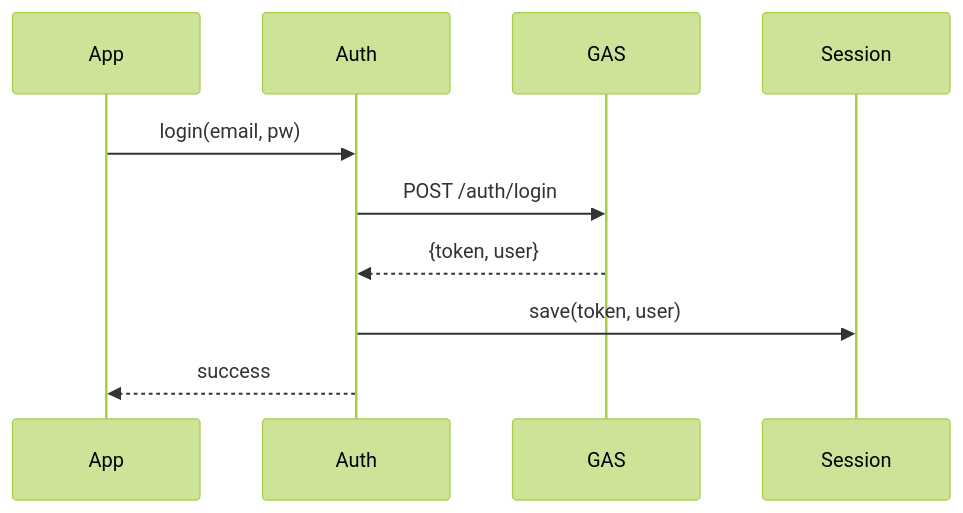
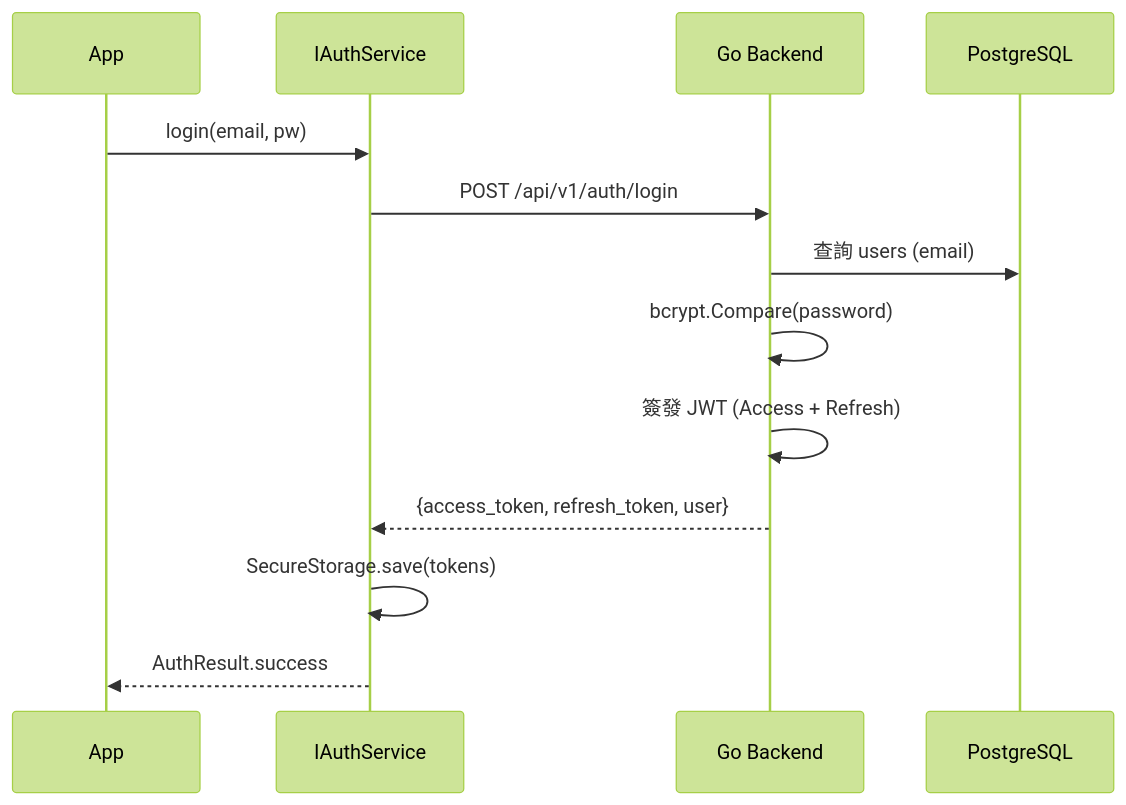
One commit to dectecx/SummitMate changed the second of 5 diagrams in docs/architecture/AUTH.md. Above: the diagram before and after it, drawn with Mermaid (forest theme). The commit also changed other lines of this file and 11 other files, not shown here.

Commit message:
docs: update all documentation to reflect Go backend and current architecture

````diff
--- a/docs/architecture/AUTH.md
+++ b/docs/architecture/AUTH.md
@@ -90,8 +38,16 @@
 ```mermaid
 sequenceDiagram
+    participant App
+    participant Auth as IAuthService
+    participant API as Go Backend
+    participant DB as PostgreSQL
+
     App->>Auth: login(email, pw)
-    Auth->>GAS: POST /auth/login
-    GAS-->>Auth: {token, user}
-    Auth->>Session: save(token, user)
-    Auth-->>App: success
+    Auth->>API: POST /api/v1/auth/login
+    API->>DB: 查詢 users (email)
+    API->>API: bcrypt.Compare(password)
+    API->>API: 簽發 JWT (Access + Refresh)
+    API-->>Auth: {access_token, refresh_token, user}
+    Auth->>Auth: SecureStorage.save(tokens)
+    Auth-->>App: AuthResult.success
 ```
````
